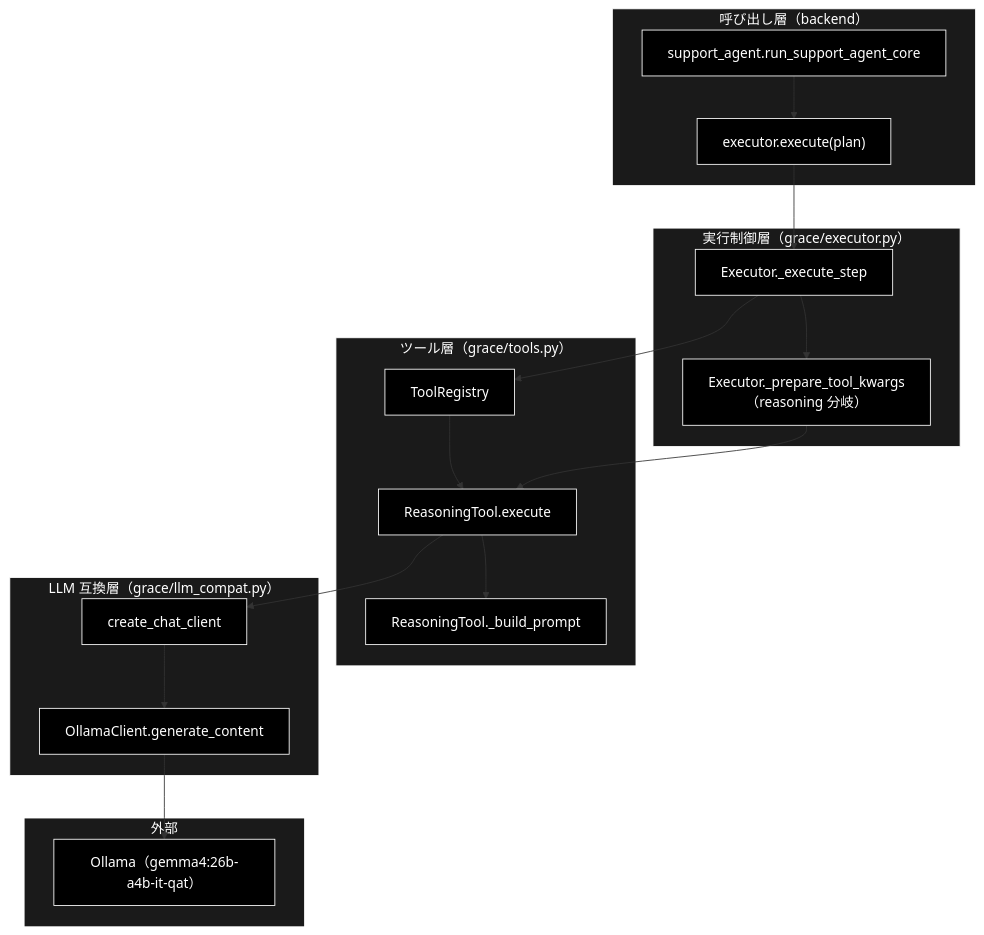
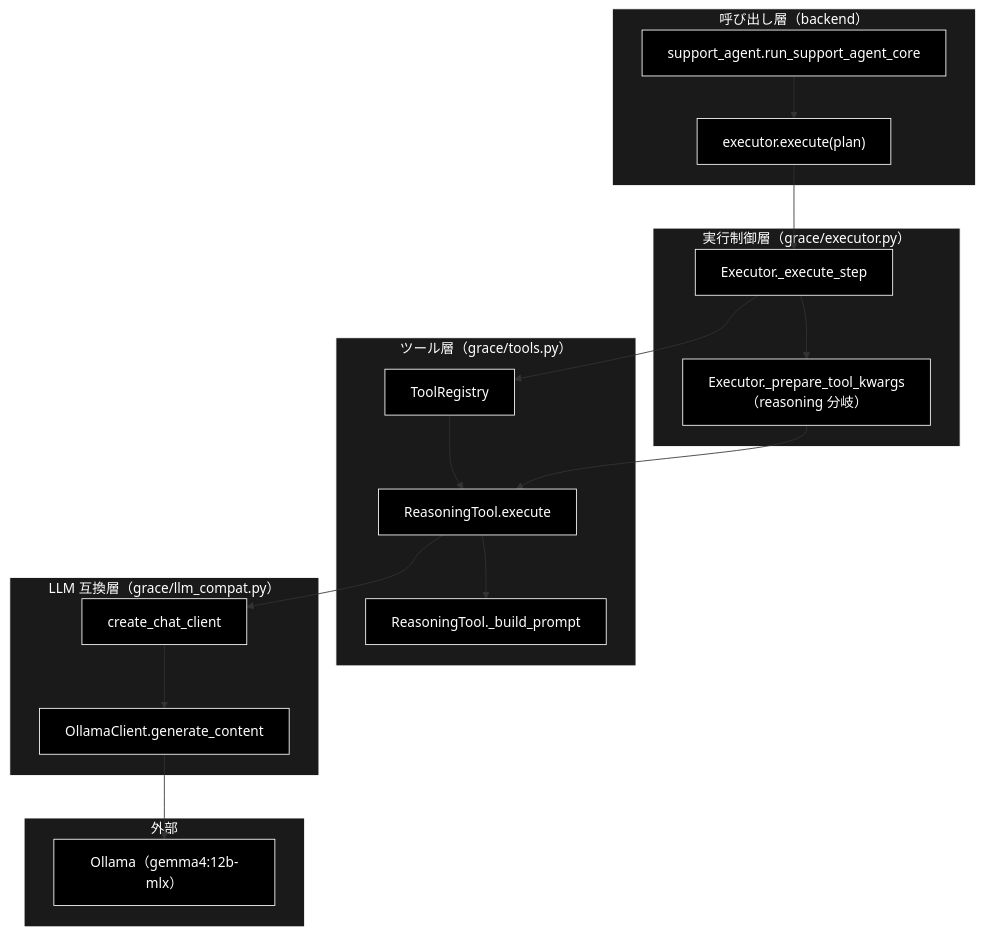
The diagram in docs/reasoning_flow.md (nakashima2toshio/grace_v2_local), drawn with Mermaid before and after one commit. The commit also changed other lines of this file and 17 other files, not shown here.

First line of the commit message:
feat: 既定モデルを gemma4:12b-mlx にし、候補を pull 済みの 5 モデルへ絞る

````diff
--- a/docs/reasoning_flow.md
+++ b/docs/reasoning_flow.md
@@ -46,45 +46,45 @@
 ```mermaid
 flowchart TB
     subgraph CLIENT["呼び出し層（backend）"]
         SA["support_agent.run_support_agent_core"]
         EXEC_CALL["executor.execute(plan)"]
     end
 
     subgraph CONTROL["実行制御層（grace/executor.py）"]
         STEP["Executor._execute_step"]
         KWARGS["Executor._prepare_tool_kwargs（reasoning 分岐）"]
     end
 
     subgraph TOOL["ツール層（grace/tools.py）"]
         RT["ReasoningTool.execute"]
         BP["ReasoningTool._build_prompt"]
         REG["ToolRegistry"]
     end
 
     subgraph COMPAT["LLM 互換層（grace/llm_compat.py）"]
         CC["create_chat_client"]
         OC["OllamaClient.generate_content"]
     end
 
     subgraph EXTERNAL["外部"]
-        LLM["Ollama（gemma4:26b-a4b-it-qat）"]
+        LLM["Ollama（gemma4:12b-mlx）"]
     end
 
     SA --> EXEC_CALL --> STEP
     STEP --> KWARGS
     STEP --> REG
     REG --> RT
     KWARGS --> RT
     RT --> BP
     RT --> CC
     CC --> OC
     OC --> LLM
 classDef default fill:#000,stroke:#fff,color:#fff
 classDef subgraphStyle fill:#1a1a1a,stroke:#fff,color:#fff
 class SA,EXEC_CALL,STEP,KWARGS,RT,BP,REG,CC,OC,LLM default
 style CLIENT fill:#1a1a1a,stroke:#fff,color:#fff
 style CONTROL fill:#1a1a1a,stroke:#fff,color:#fff
 style TOOL fill:#1a1a1a,stroke:#fff,color:#fff
 style COMPAT fill:#1a1a1a,stroke:#fff,color:#fff
 style EXTERNAL fill:#1a1a1a,stroke:#fff,color:#fff
 ```
````
